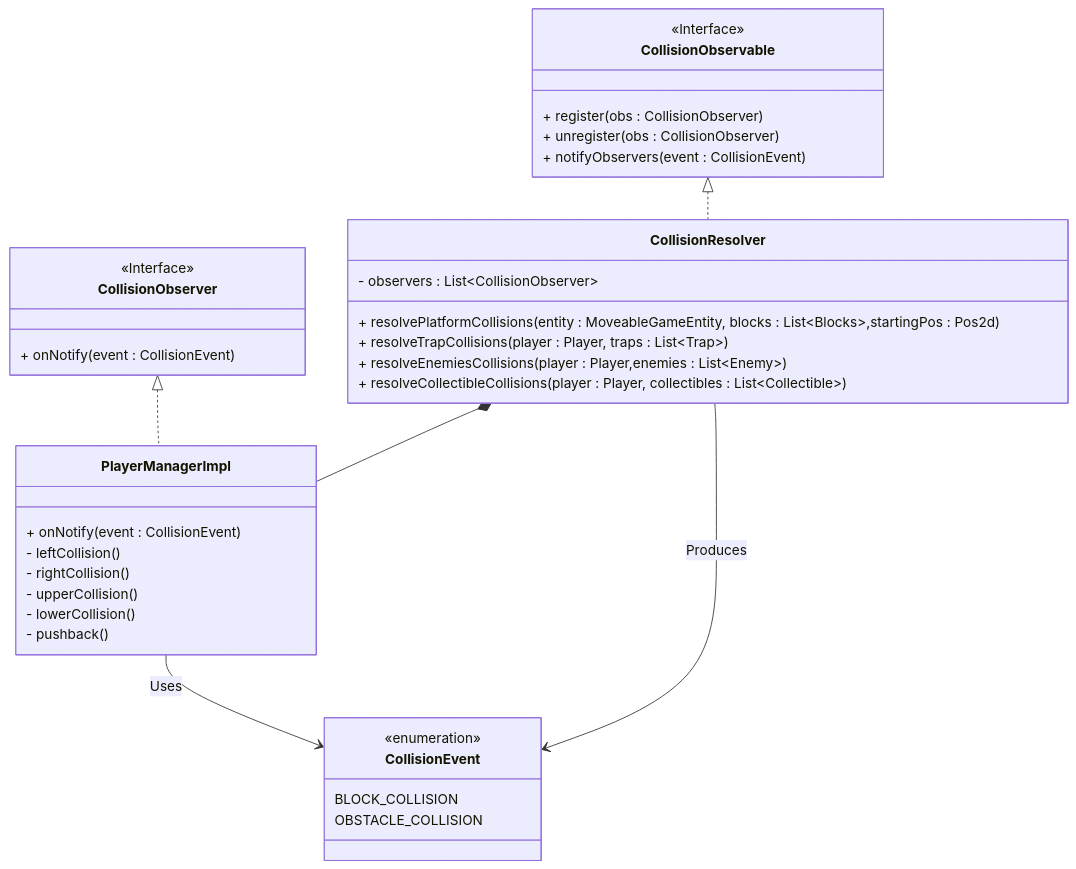
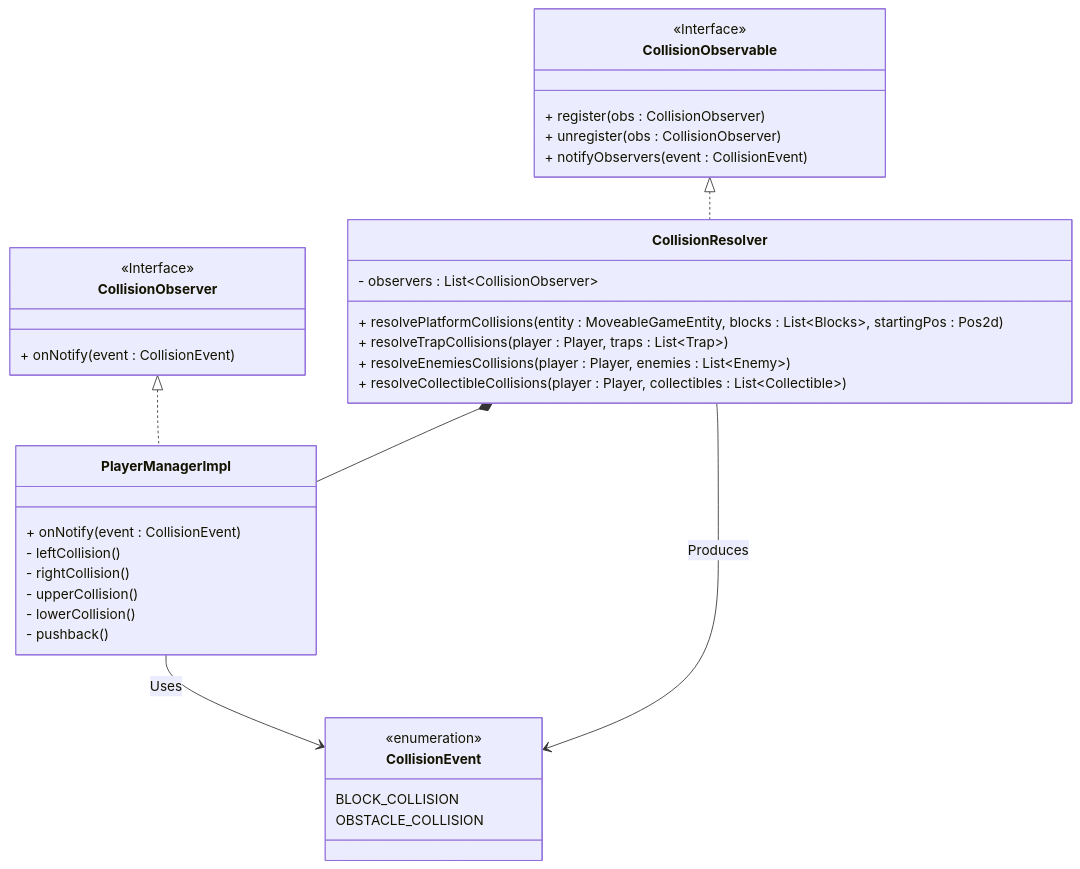
Before and after one commit to unibo-oop-projects/OOP23-FilippoMassariFilippoMassari6studio-MatteoBagnolini-FilippoMassari-SaadElMaliki-Matteo-SUPSON: the third of 4 diagrams in report.md, drawn with Mermaid.

Commit message:
update report

````diff
--- a/report.md
+++ b/report.md
@@ -132,45 +132,45 @@
 ```mermaid
 classDiagram
     
     class CollisionObservable {
         <<Interface>>
         + register(obs : CollisionObserver)
         + unregister(obs : CollisionObserver)
         + notifyObservers(event : CollisionEvent)
     }
 
     class CollisionObserver {
         <<Interface>>
         + onNotify(event : CollisionEvent)
     }
 
     class CollisionResolver {
         - observers : List~CollisionObserver~
-        + resolvePlatformCollisions(entity : MoveableGameEntity, blocks : List~Blocks~,startingPos : Pos2d)
+        + resolvePlatformCollisions(entity : MoveableGameEntity, blocks : List~Blocks~, startingPos : Pos2d)
         + resolveTrapCollisions(player : Player, traps : List~Trap~)
-        + resolveEnemiesCollisions(player : Player,enemies : List~Enemy~)
+        + resolveEnemiesCollisions(player : Player, enemies : List~Enemy~)
         + resolveCollectibleCollisions(player : Player, collectibles : List~Collectible~)
     }
 
     class PlayerManagerImpl {
         + onNotify(event : CollisionEvent)
         - leftCollision()
         - rightCollision()
         - upperCollision()
         - lowerCollision()
         - pushback()
     }
 
     class CollisionEvent {
         <<enumeration>>
         BLOCK_COLLISION
         OBSTACLE_COLLISION
     }
 
     CollisionObservable <|.. CollisionResolver
     CollisionObserver <|.. PlayerManagerImpl
     CollisionResolver *-- PlayerManagerImpl
     CollisionResolver --> CollisionEvent : Produces
     PlayerManagerImpl --> CollisionEvent : Uses
 
 ```
````
